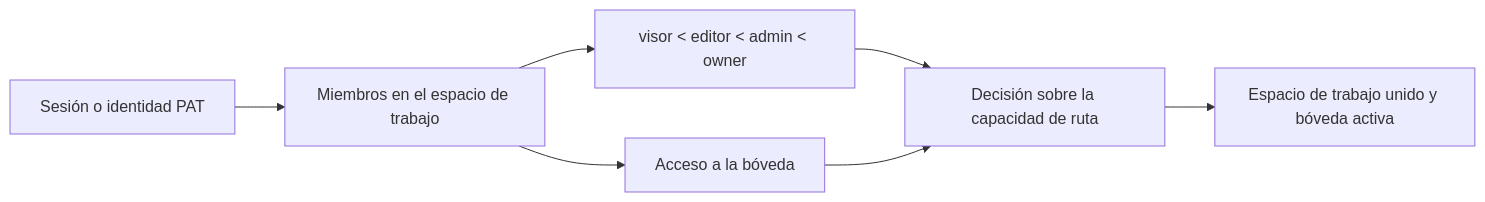
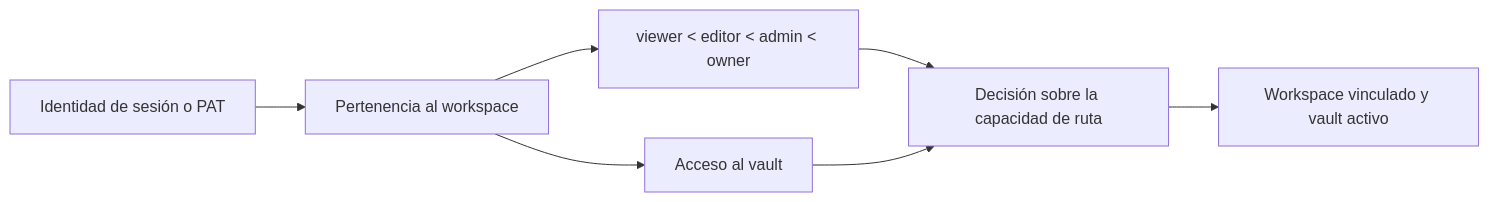
One commit to ismigar/Gnosi changed the diagram in docs/engineering-es/domains/auth-workspaces-sharing.md. Above: the diagram before and after it, drawn with Mermaid. The commit also changed other lines of this file and 96 other files, not shown here.

````diff
--- a/docs/engineering-es/domains/auth-workspaces-sharing.md
+++ b/docs/engineering-es/domains/auth-workspaces-sharing.md
@@ -56,9 +98,9 @@
 ```mermaid
 flowchart LR
-    Identity["Sesión o identidad PAT"] --> Member["Miembros en el espacio de trabajo"]
-    Member --> Role["visor < editor < admin < owner"]
-    Member --> Access["Acceso a la bóveda"]
+    Identity["Identidad de sesión o PAT"] --> Member["Pertenencia al workspace"]
+    Member --> Role["viewer < editor < admin < owner"]
+    Member --> Access["Acceso al vault"]
     Role --> Decision["Decisión sobre la capacidad de ruta"]
     Access --> Decision
-    Decision --> Context["Espacio de trabajo unido y bóveda activa"]
+    Decision --> Context["Workspace vinculado y vault activo"]
 ```
````
